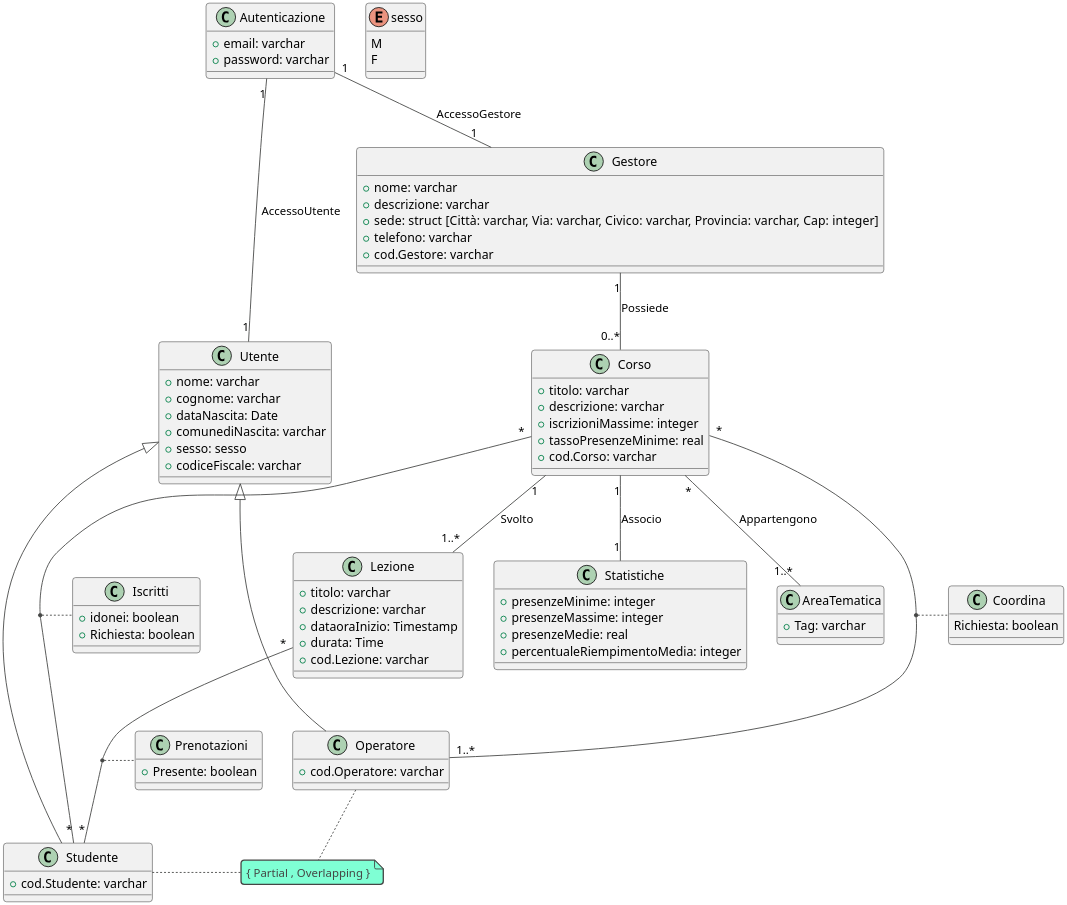
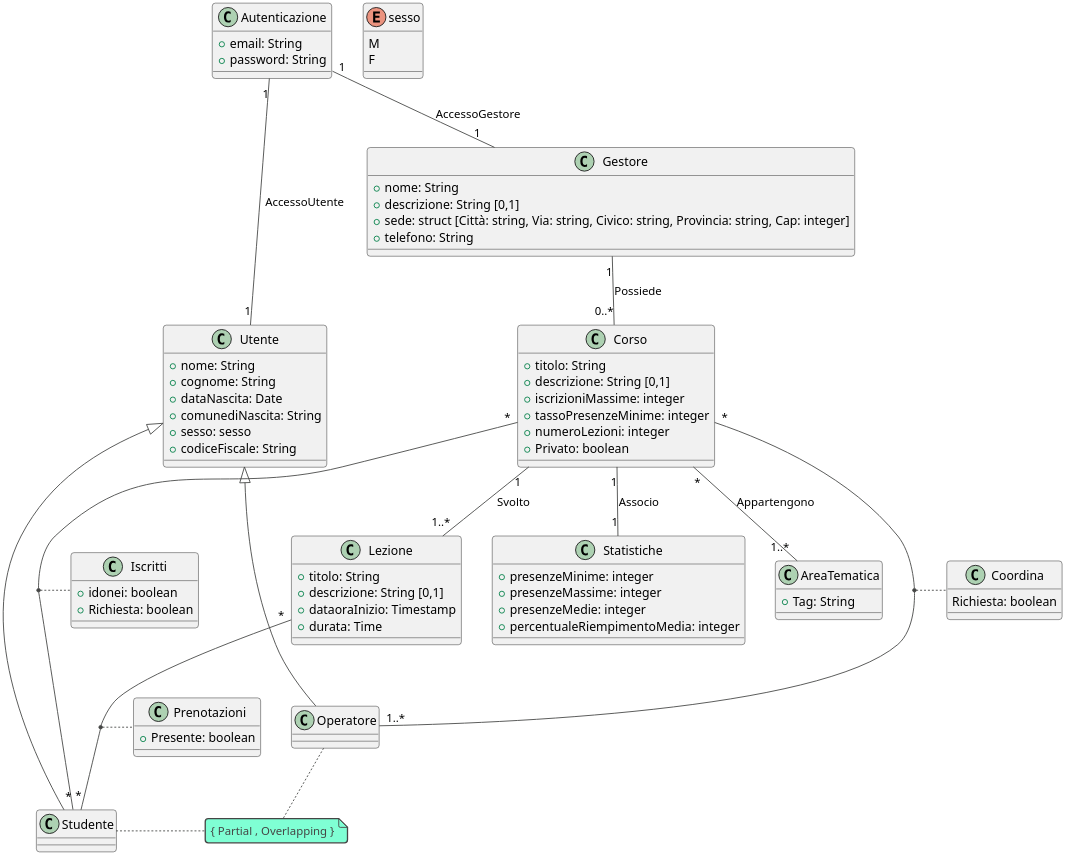
One commit to agostino-code/OO-BDI-Project changed the diagram in UML/UML.puml. Above: the diagram before and after it, drawn with PlantUML. The commit also changed 215 other files, not shown here.

```diff
--- a/UML/UML.puml
+++ b/UML/UML.puml
@@ -1,86 +1,83 @@
 @startuml
 skinparam dpi 300
 'https://plantuml.com/class-diagram
 !theme vibrant
 class Autenticazione {
-  +email: varchar
-  +password: varchar
+  +email: String
+  +password: String
 }
 Autenticazione "1" -- "1" Utente :AccessoUtente
 Autenticazione "1" -- "1" Gestore :AccessoGestore
 class Utente{
-  +nome: varchar
-  +cognome: varchar
+  +nome: String
+  +cognome: String
   +dataNascita: Date
-  +comunediNascita: varchar
+  +comunediNascita: String
   +sesso: sesso
-  +codiceFiscale: varchar
+  +codiceFiscale: String
 }
 class Gestore {
-  +nome: varchar
-  +descrizione: varchar
-  +sede: struct [Città: varchar, Via: varchar, Civico: varchar, Provincia: varchar, Cap: integer]
-  +telefono: varchar
-  +cod.Gestore: varchar
+  +nome: String
+  +descrizione: String [0,1]
+  +sede: struct [Città: string, Via: string, Civico: string, Provincia: string, Cap: integer]
+  +telefono: String
 }
 class Operatore{
-  +cod.Operatore: varchar
 }
 class Studente{
-  +cod.Studente: varchar
 }
 enum sesso{
 M
 F
 }
 Utente <|--- Operatore
 Utente <|--- Studente
 note "{ Partial , Overlapping }" as N1
 Studente . N1
 Operatore . N1
 
 Gestore "1" -- "0..*" Corso:Possiede
 Corso "*" -- "*" Studente
 Corso "*" -- "1..*" Operatore
 (Corso,Operatore)..Coordina
 class Coordina{
 Richiesta: boolean
 }
 class Corso{
-  +titolo: varchar
-  +descrizione: varchar
+  +titolo: String
+  +descrizione: String [0,1]
   +iscrizioniMassime: integer
-  +tassoPresenzeMinime: real
-  +cod.Corso: varchar
+  +tassoPresenzeMinime: integer
+  +numeroLezioni: integer
+  +Privato: boolean
 }
 class Lezione{
-  +titolo: varchar
-  +descrizione: varchar
+  +titolo: String
+  +descrizione: String [0,1]
   +dataoraInizio: Timestamp
   +durata: Time
-  +cod.Lezione: varchar
 }
 Corso "1" -- "1..*" Lezione:Svolto
 (Corso, Studente) .. Iscritti
 Lezione "*" -- "*" Studente
 (Lezione,Studente) .. Prenotazioni
 class Prenotazioni{
 +Presente: boolean
 }
 class Iscritti{
 +idonei: boolean
 +Richiesta: boolean
 }
 class Statistiche{
   +presenzeMinime: integer
   +presenzeMassime: integer
-  +presenzeMedie: real
+  +presenzeMedie: integer
   +percentualeRiempimentoMedia: integer
 }
 Corso "1" -- "1" Statistiche:Associo
 class AreaTematica{
-  +Tag: varchar
+  +Tag: String
 }
 Corso "*" -- "1..*" AreaTematica:Appartengono
 
 @enduml
```
